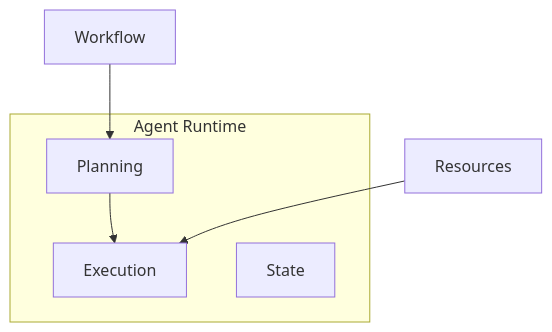
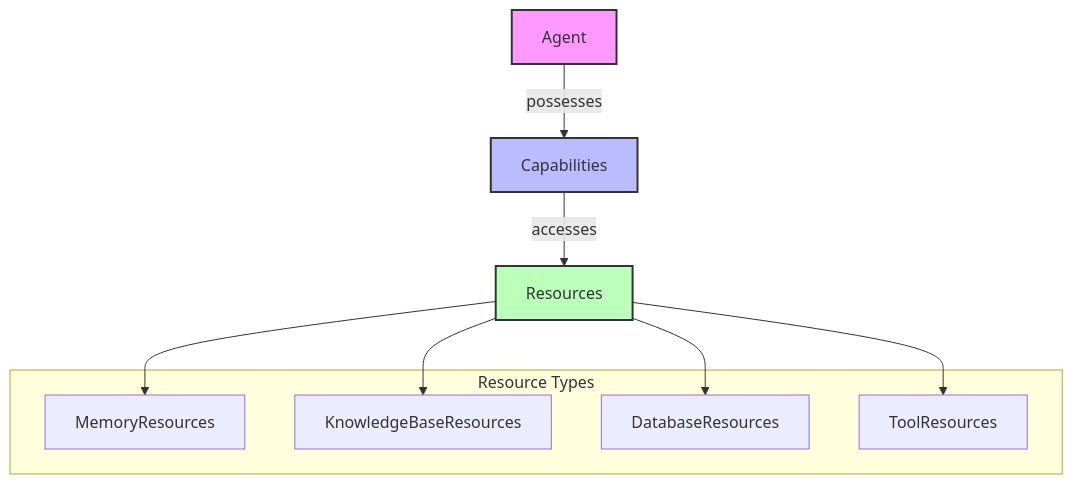
One commit to aitomatic/dana changed the first of 2 diagrams in opendxa/agent/README.md. Above: the diagram before and after it, drawn with Mermaid. The commit also changed other lines of this file and 26 other files, not shown here.

First line of the commit message:
Refactor OpenDXA architecture and enhance documentation

````diff
--- a/opendxa/agent/README.md
+++ b/opendxa/agent/README.md
@@ -128,12 +99,21 @@
 ```mermaid
 graph TB
-    W[Workflow] --> P[Planning]
-    P --> E[Execution]
-    R[Resources] --> E
+    A[Agent] -->|possesses| C[Capabilities]
+    C -->|accesses| R[Resources]
     
-    subgraph "Agent Runtime"
-        P
-        E
-        S[State]
+    subgraph "Resource Types"
+        R1[MemoryResources]
+        R2[KnowledgeBaseResources]
+        R3[DatabaseResources]
+        R4[ToolResources]
     end
+    
+    R --> R1
+    R --> R2
+    R --> R3
+    R --> R4
+    
+    style A fill:#f9f,stroke:#333,stroke-width:2px
+    style C fill:#bbf,stroke:#333,stroke-width:2px
+    style R fill:#bfb,stroke:#333,stroke-width:2px
 ```
````
